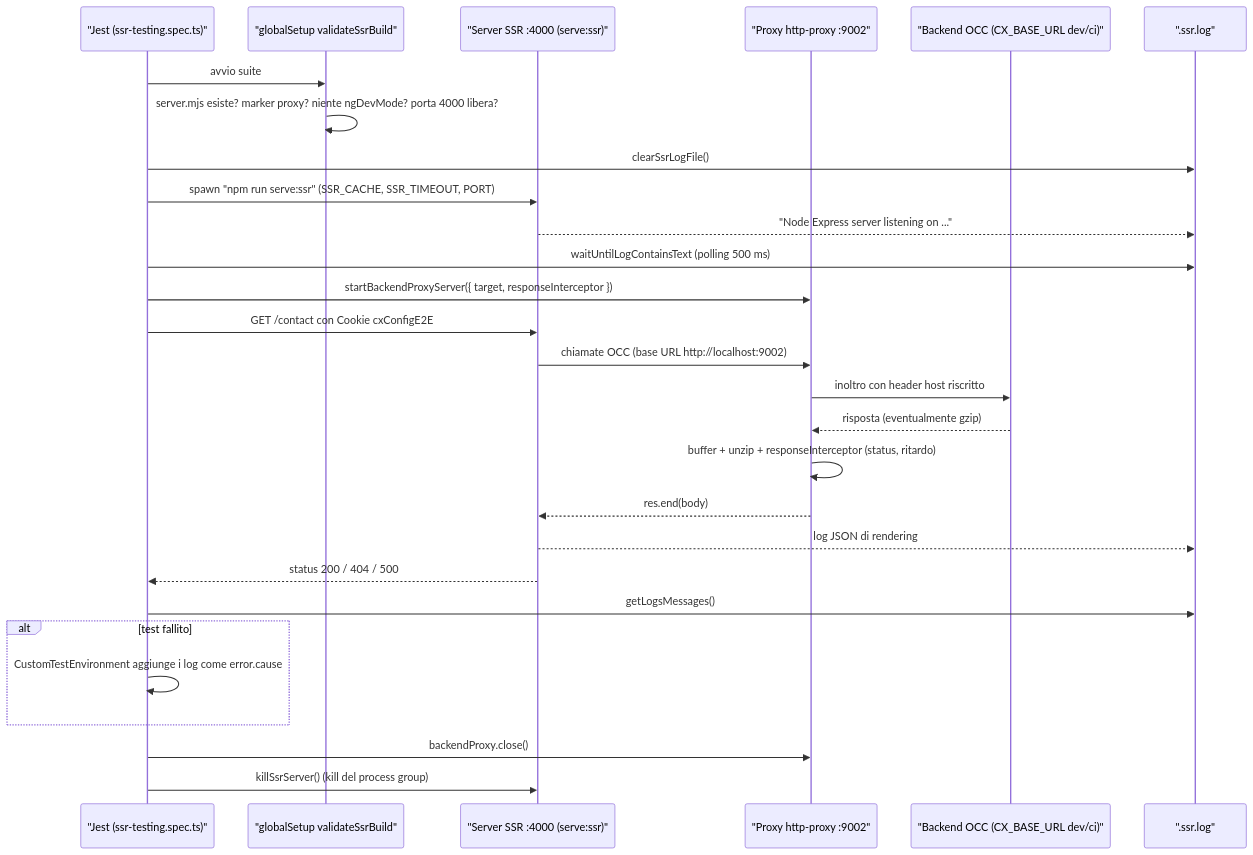
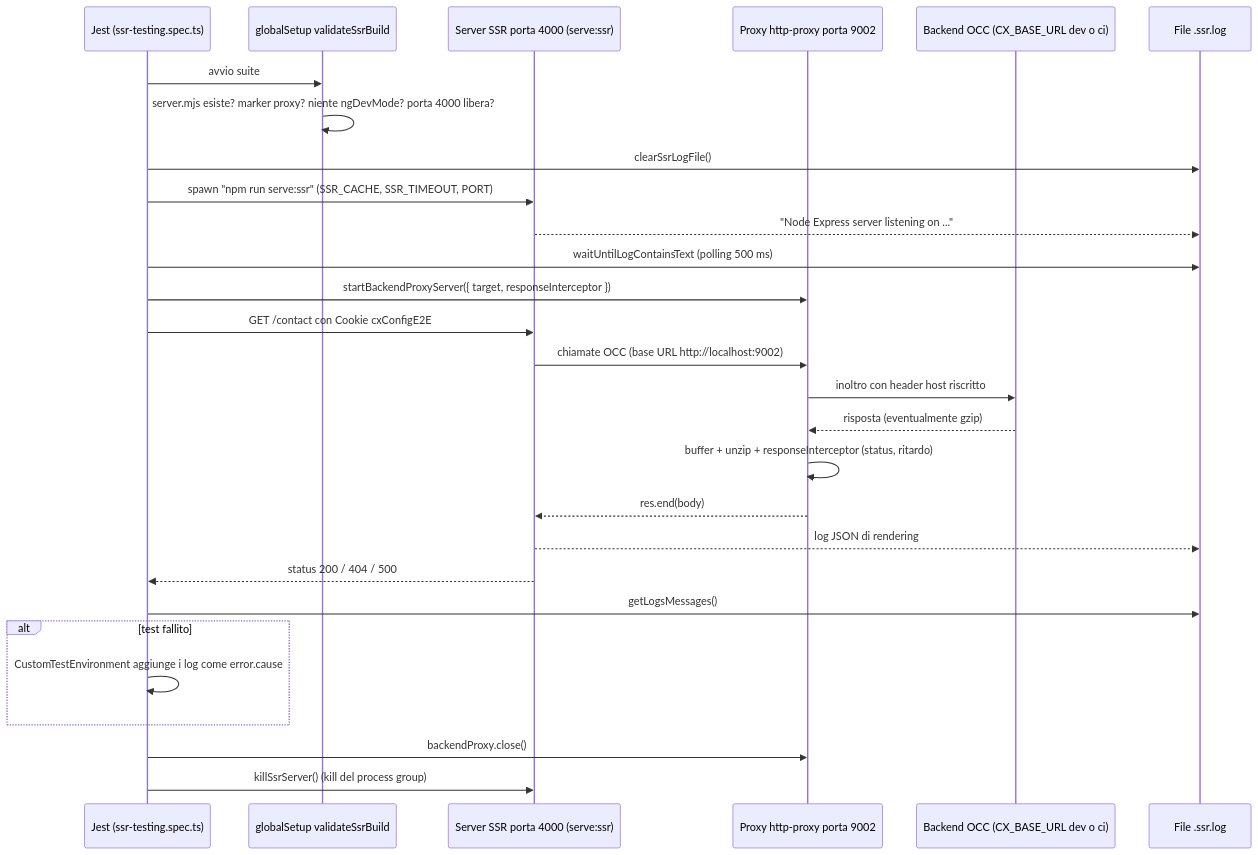
Before and after one commit to mgiuditta/spartacus: the second of 4 diagrams in docs/spartacus-book/parte-2/44-test-tooling.md, drawn with Mermaid. The commit also changed other lines of this file and 1 other file, not shown here.

````diff
--- a/docs/spartacus-book/parte-2/44-test-tooling.md
+++ b/docs/spartacus-book/parte-2/44-test-tooling.md
@@ -284,30 +284,30 @@
 ```mermaid
 sequenceDiagram
-  participant J as "Jest (ssr-testing.spec.ts)"
-  participant G as "globalSetup validateSsrBuild"
-  participant S as "Server SSR :4000 (serve:ssr)"
-  participant P as "Proxy http-proxy :9002"
-  participant B as "Backend OCC (CX_BASE_URL dev/ci)"
-  participant L as ".ssr.log"
+  participant J as Jest (ssr-testing.spec.ts)
+  participant G as globalSetup validateSsrBuild
+  participant S as Server SSR porta 4000 (serve:ssr)
+  participant P as Proxy http-proxy porta 9002
+  participant B as Backend OCC (CX_BASE_URL dev o ci)
+  participant L as File .ssr.log
   J->>G: avvio suite
   G->>G: server.mjs esiste? marker proxy? niente ngDevMode? porta 4000 libera?
   J->>L: clearSsrLogFile()
   J->>S: spawn "npm run serve:ssr" (SSR_CACHE, SSR_TIMEOUT, PORT)
   S-->>L: "Node Express server listening on ..."
   J->>L: waitUntilLogContainsText (polling 500 ms)
   J->>P: startBackendProxyServer({ target, responseInterceptor })
   J->>S: GET /contact con Cookie cxConfigE2E
   S->>P: chiamate OCC (base URL http://localhost:9002)
   P->>B: inoltro con header host riscritto
   B-->>P: risposta (eventualmente gzip)
   P->>P: buffer + unzip + responseInterceptor (status, ritardo)
   P-->>S: res.end(body)
   S-->>L: log JSON di rendering
   S-->>J: status 200 / 404 / 500
   J->>L: getLogsMessages()
   alt test fallito
     J->>J: CustomTestEnvironment aggiunge i log come error.cause
   end
   J->>P: backendProxy.close()
   J->>S: killSsrServer() (kill del process group)
 ```
````
